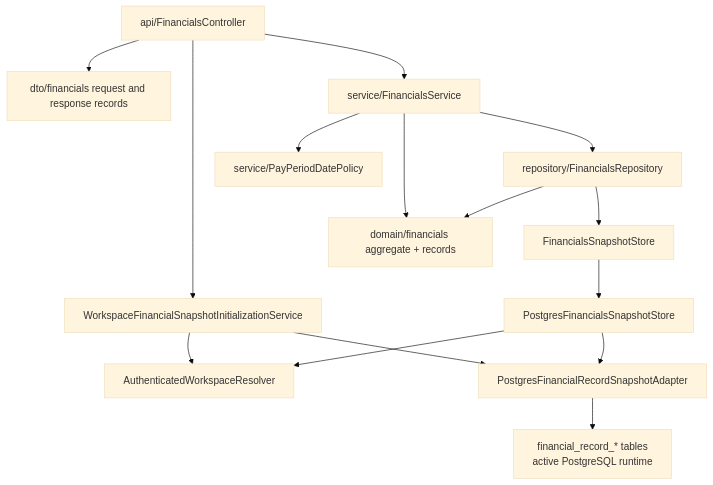
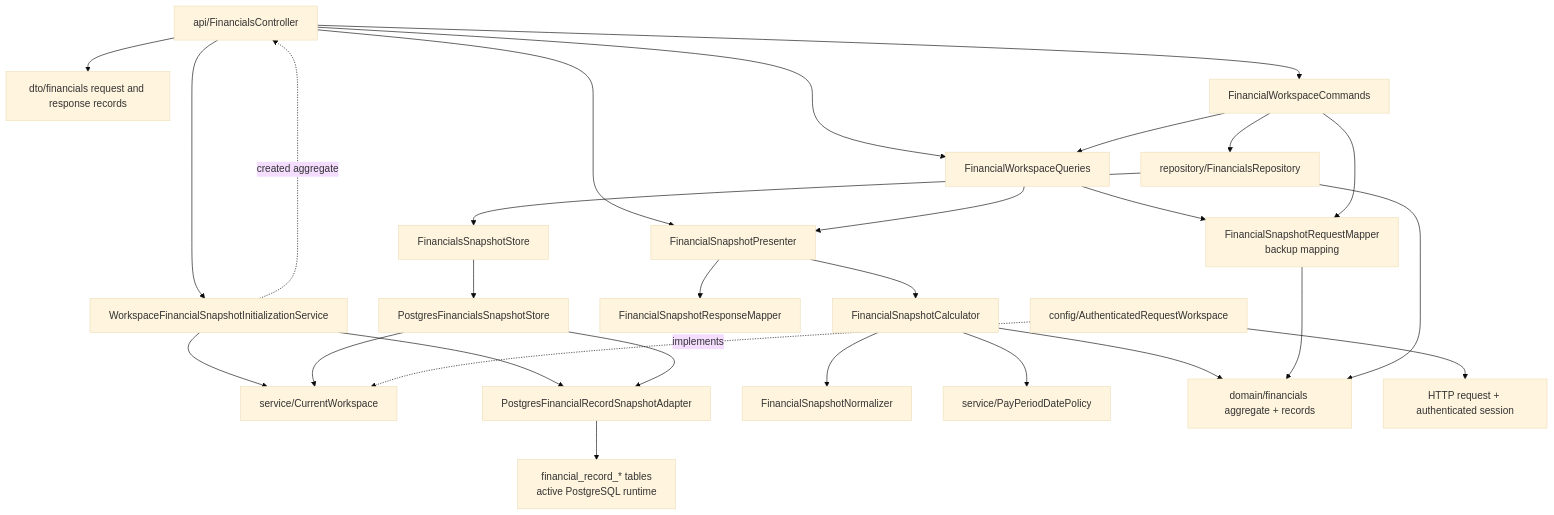
Before and after one commit to everdein/pay-period-planner: the second of 4 diagrams in docs/architecture-map.md, drawn with Mermaid (base theme). The commit also changed other lines of this file and 168 other files, not shown here.

First line of the commit message:
Complete financial workspace scalability roadmap (#35)

````diff
--- a/docs/architecture-map.md
+++ b/docs/architecture-map.md
@@ -86,17 +94,30 @@
 ```mermaid
 flowchart TD
     Controller["api/FinancialsController"] --> DTO["dto/financials request and response records"]
     Controller --> Initializer["WorkspaceFinancialSnapshotInitializationService"]
-    Initializer --> WorkspaceResolver
+    Initializer -. created aggregate .-> Controller
+    Controller --> Presenter["FinancialSnapshotPresenter"]
+    Initializer --> CurrentWorkspace["service/CurrentWorkspace"]
     Initializer --> RecordAdapter
-    Controller --> Service["service/FinancialsService"]
-    Service --> DatePolicy["service/PayPeriodDatePolicy"]
-    Service --> Domain["domain/financials aggregate + records"]
-    Service --> Repository["repository/FinancialsRepository"]
+    Controller --> Queries["FinancialWorkspaceQueries"]
+    Controller --> Commands["FinancialWorkspaceCommands"]
+    Queries --> Presenter
+    Queries --> RequestMapper["FinancialSnapshotRequestMapper<br/>backup mapping"]
+    Commands --> RequestMapper
+    Commands --> Repository["repository/FinancialsRepository"]
+    Commands --> Queries
+    Presenter --> Calculator["FinancialSnapshotCalculator"]
+    Presenter --> ResponseMapper["FinancialSnapshotResponseMapper"]
+    Calculator --> Normalizer["FinancialSnapshotNormalizer"]
+    Calculator --> DatePolicy["service/PayPeriodDatePolicy"]
+    Calculator --> Domain["domain/financials aggregate + records"]
+    RequestMapper --> Domain
     Repository --> Domain
     Repository --> Interface["FinancialsSnapshotStore"]
     Interface --> PostgresStore["PostgresFinancialsSnapshotStore"]
-    PostgresStore --> WorkspaceResolver["AuthenticatedWorkspaceResolver"]
+    PostgresStore --> CurrentWorkspace
+    RequestWorkspace["config/AuthenticatedRequestWorkspace"] -. implements .-> CurrentWorkspace
+    RequestWorkspace --> RequestSession["HTTP request + authenticated session"]
     PostgresStore --> RecordAdapter["PostgresFinancialRecordSnapshotAdapter"]
     RecordAdapter --> RecordTables["financial_record_* tables<br/>active PostgreSQL runtime"]
 ```
````
